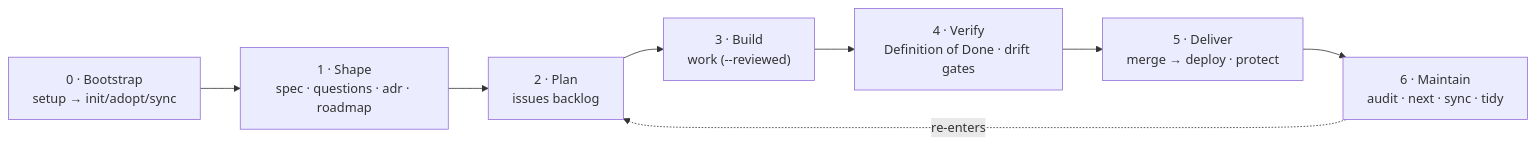
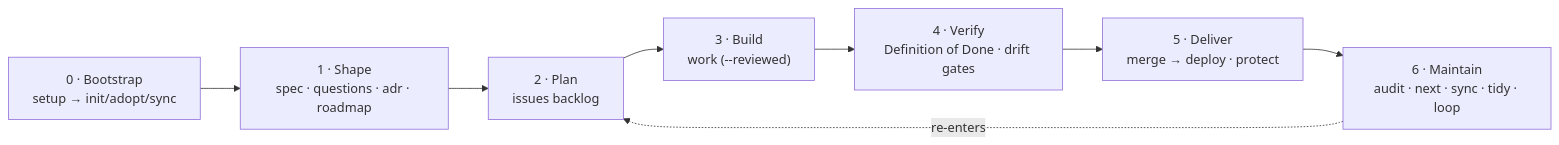
One commit to element22llc/e22-plugins changed the diagram in docs/concepts/sdlc.md. Above: the diagram before and after it, drawn with Mermaid. The commit also changed other lines of this file and 4 other files, not shown here.

````diff
--- a/docs/concepts/sdlc.md
+++ b/docs/concepts/sdlc.md
@@ -16,10 +16,10 @@
 ```mermaid
 flowchart LR
     B["0 · Bootstrap<br/>setup → init/adopt/sync"] --> S["1 · Shape<br/>spec · questions · adr · roadmap"]
     S --> P["2 · Plan<br/>issues backlog"]
     P --> W["3 · Build<br/>work (--reviewed)"]
     W --> V["4 · Verify<br/>Definition of Done · drift gates"]
     V --> D["5 · Deliver<br/>merge → deploy · protect"]
-    D --> M["6 · Maintain<br/>audit · next · sync · tidy"]
+    D --> M["6 · Maintain<br/>audit · next · sync · tidy · loop"]
     M -.re-enters.-> P
 ```
````
